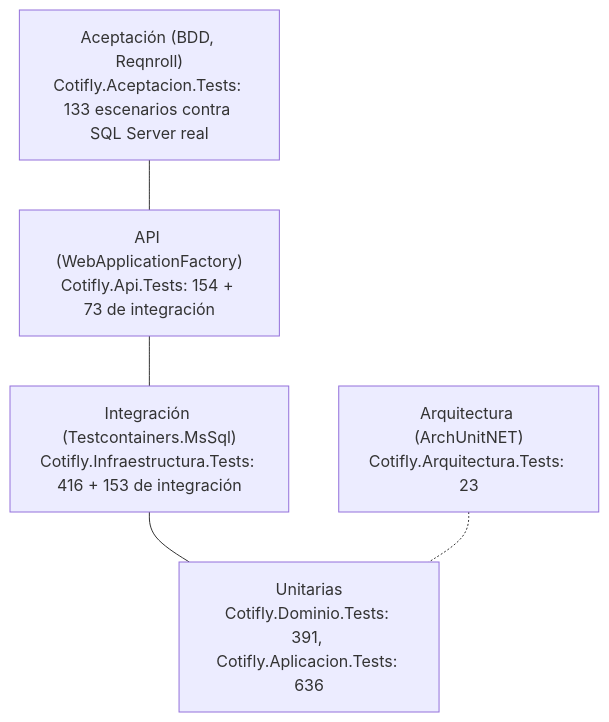
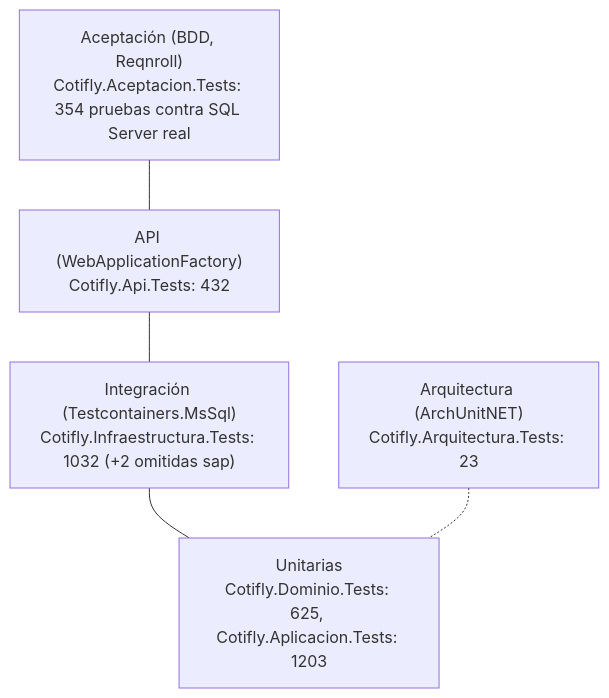
The diagram in backend-dotnet/docs/08-testing.md (InnovacionIA-proyectos/Cotifly), drawn with Mermaid before and after one commit. The commit also changed other lines of this file and 8 other files, not shown here.

````diff
--- a/backend-dotnet/docs/08-testing.md
+++ b/backend-dotnet/docs/08-testing.md
@@ -19,10 +21,10 @@
 ```mermaid
 flowchart TB
-    acep["Aceptación (BDD, Reqnroll)<br/>Cotifly.Aceptacion.Tests: 133 escenarios contra SQL Server real"]
-    api["API (WebApplicationFactory)<br/>Cotifly.Api.Tests: 154 + 73 de integración"]
-    integ["Integración (Testcontainers.MsSql)<br/>Cotifly.Infraestructura.Tests: 416 + 153 de integración"]
-    unit["Unitarias<br/>Cotifly.Dominio.Tests: 391, Cotifly.Aplicacion.Tests: 636"]
+    acep["Aceptación (BDD, Reqnroll)<br/>Cotifly.Aceptacion.Tests: 354 pruebas contra SQL Server real"]
+    api["API (WebApplicationFactory)<br/>Cotifly.Api.Tests: 432"]
+    integ["Integración (Testcontainers.MsSql)<br/>Cotifly.Infraestructura.Tests: 1032 (+2 omitidas sap)"]
+    unit["Unitarias<br/>Cotifly.Dominio.Tests: 625, Cotifly.Aplicacion.Tests: 1203"]
     arq["Arquitectura (ArchUnitNET)<br/>Cotifly.Arquitectura.Tests: 23"]
     acep --- api --- integ --- unit
     arq -.- unit
 ```
````
